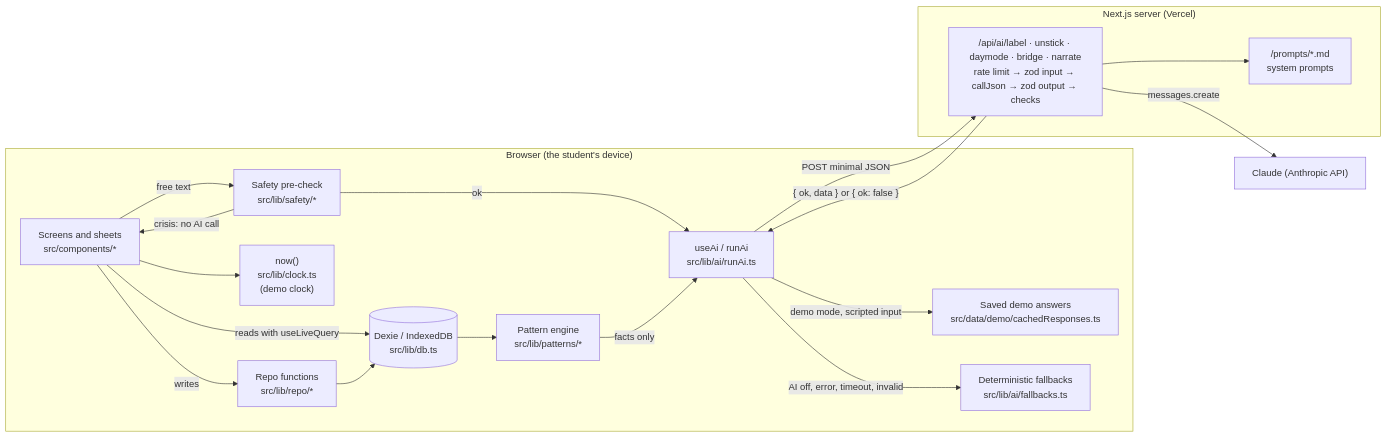
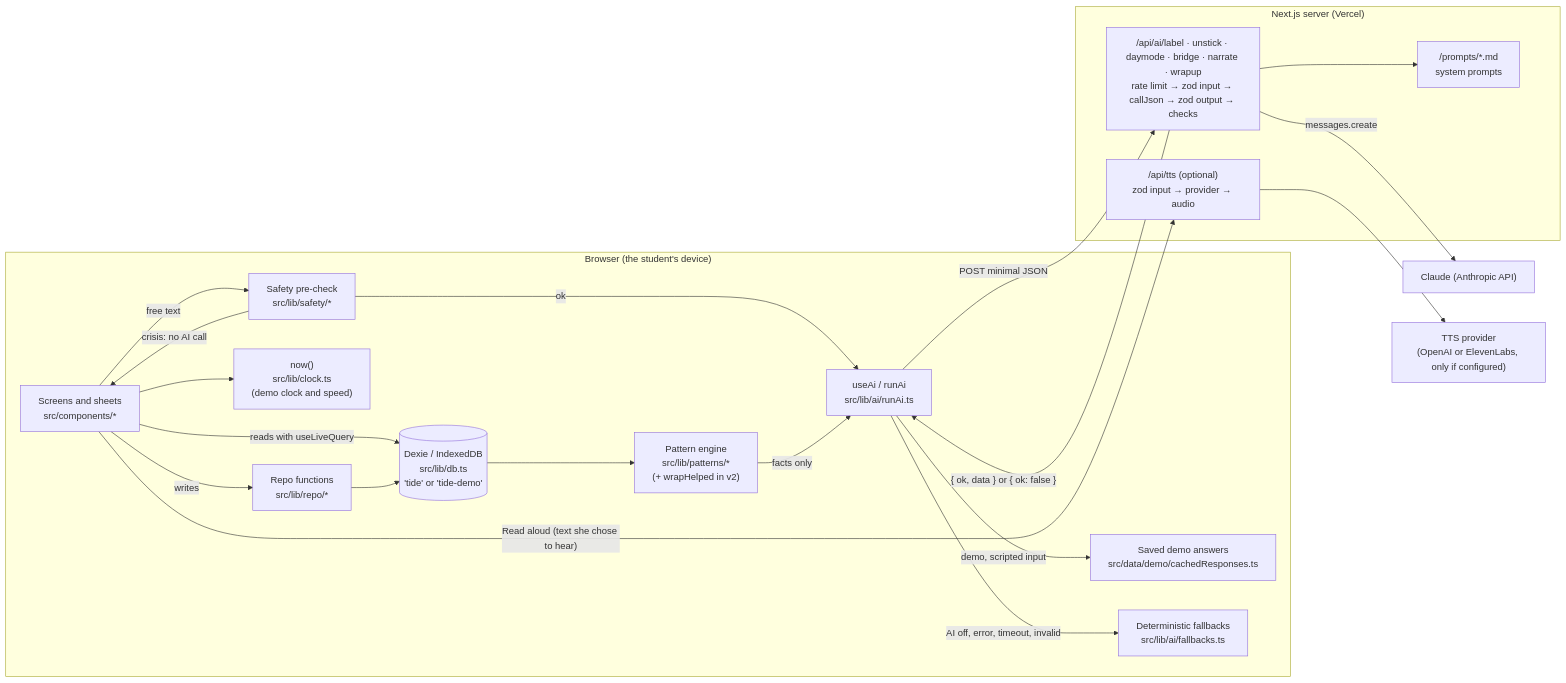
Before and after one commit to devxs614/Tide: the first of 2 diagrams in docs/architecture.md, drawn with Mermaid. The commit also changed other lines of this file and 26 other files, not shown here.

````diff
--- a/docs/architecture.md
+++ b/docs/architecture.md
@@ -10,36 +19,39 @@
 ```mermaid
 flowchart LR
   subgraph Browser["Browser (the student's device)"]
     UI["Screens and sheets<br/>src/components/*"]
     Repo["Repo functions<br/>src/lib/repo/*"]
-    DB[("Dexie / IndexedDB<br/>src/lib/db.ts")]
-    Clock["now()<br/>src/lib/clock.ts<br/>(demo clock)"]
+    DB[("Dexie / IndexedDB<br/>src/lib/db.ts<br/>'tide' or 'tide-demo'")]
+    Clock["now()<br/>src/lib/clock.ts<br/>(demo clock and speed)"]
     Safety["Safety pre-check<br/>src/lib/safety/*"]
     UseAi["useAi / runAi<br/>src/lib/ai/runAi.ts"]
     Cache["Saved demo answers<br/>src/data/demo/cachedResponses.ts"]
     Fallbacks["Deterministic fallbacks<br/>src/lib/ai/fallbacks.ts"]
-    Engine["Pattern engine<br/>src/lib/patterns/*"]
+    Engine["Pattern engine<br/>src/lib/patterns/*<br/>(+ wrapHelped in v2)"]
   end
 
   subgraph Server["Next.js server (Vercel)"]
-    Routes["/api/ai/label · unstick · daymode · bridge · narrate<br/>rate limit → zod input → callJson → zod output → checks"]
+    Routes["/api/ai/label · unstick · daymode · bridge · narrate · wrapup<br/>rate limit → zod input → callJson → zod output → checks"]
     Prompts["/prompts/*.md<br/>system prompts"]
+    Tts["/api/tts (optional)<br/>zod input → provider → audio"]
   end
 
   Claude["Claude (Anthropic API)"]
+  Voice["TTS provider<br/>(OpenAI or ElevenLabs, only if configured)"]
 
   UI -->|reads with useLiveQuery| DB
   UI -->|writes| Repo --> DB
   UI --> Clock
   UI -->|free text| Safety
   Safety -->|crisis: no AI call| UI
   Safety -->|ok| UseAi
-  UseAi -->|demo mode, scripted input| Cache
+  UseAi -->|demo, scripted input| Cache
   UseAi -->|POST minimal JSON| Routes
   Routes --> Prompts
   Routes -->|messages.create| Claude
   Routes -->|"{ ok, data } or { ok: false }"| UseAi
   UseAi -->|AI off, error, timeout, invalid| Fallbacks
   DB --> Engine
   Engine -->|facts only| UseAi
+  UI -->|"Read aloud (text she chose to hear)"| Tts --> Voice
 ```
````
